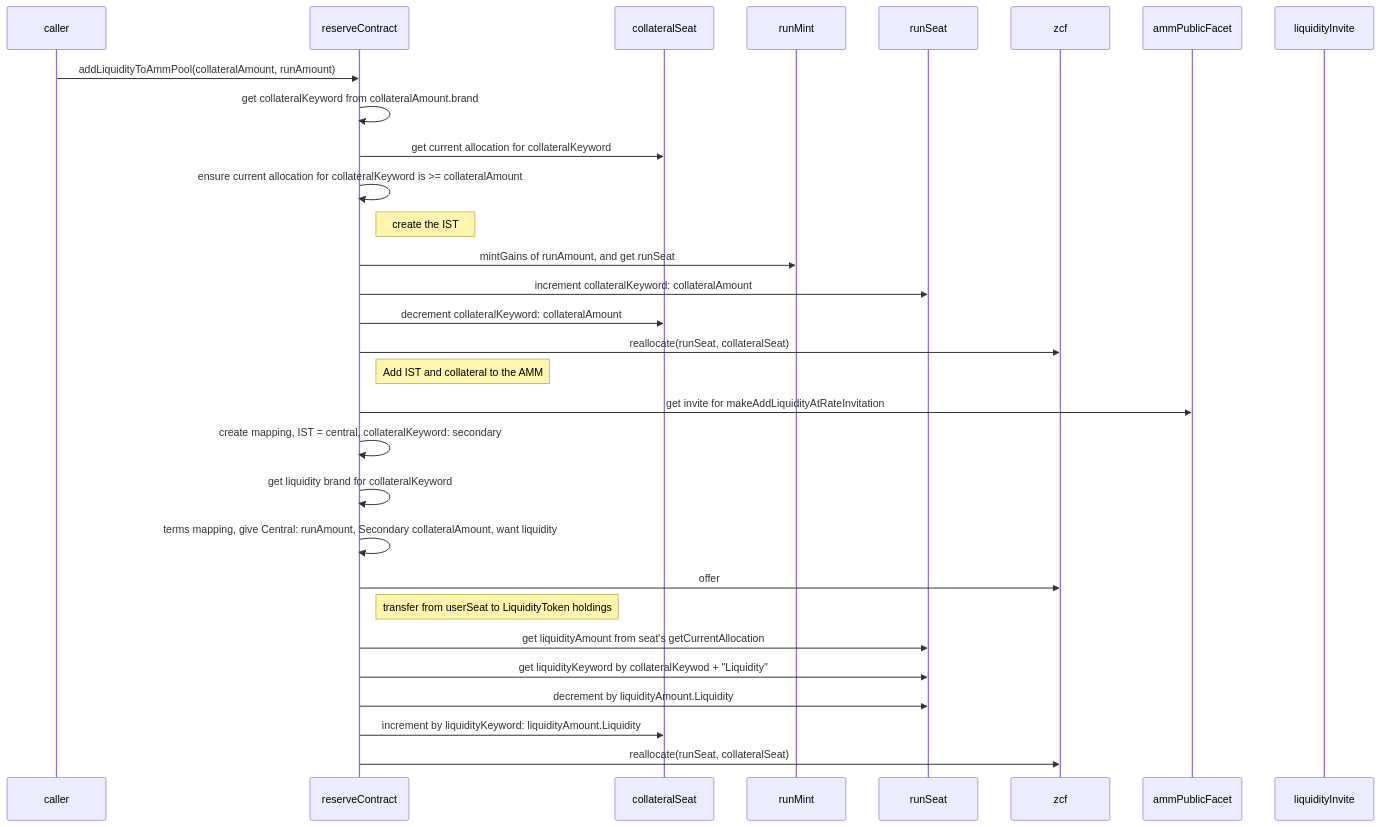
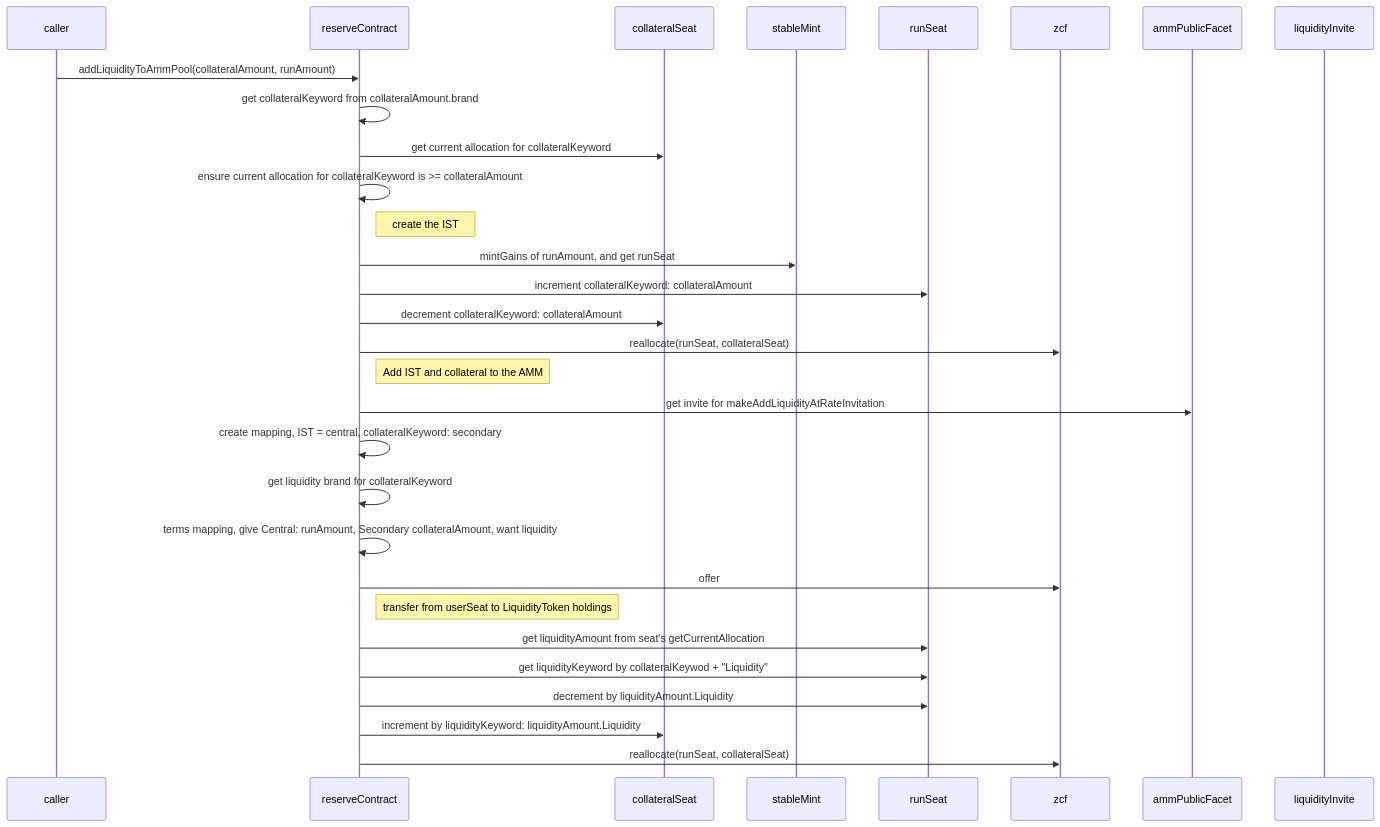
Before and after one commit to Agoric/agoric-sdk: the fifth of 5 diagrams in packages/inter-protocol/src/reserve/doc.md, drawn with Mermaid. The commit also changed 5 other files, not shown here.

Commit message:
chore: runMint → stableMint

````diff
--- a/packages/inter-protocol/src/reserve/doc.md
+++ b/packages/inter-protocol/src/reserve/doc.md
@@ -87,41 +87,41 @@
 ```mermaid
 sequenceDiagram
 
 participant caller
 participant reserveContract
 participant collateralSeat
-participant runMint
+participant stableMint
 participant runSeat
 participant zcf
 participant ammPublicFacet
 participant liquidityInvite
 
 caller ->> reserveContract: addLiquidityToAmmPool(collateralAmount, runAmount)
 reserveContract ->> reserveContract: get collateralKeyword from collateralAmount.brand
 reserveContract ->> collateralSeat: get current allocation for collateralKeyword
 reserveContract ->> reserveContract: ensure  current allocation for collateralKeyword is >= collateralAmount
 
 
 note right of reserveContract: create the IST
-reserveContract ->> runMint: mintGains of runAmount, and get runSeat
+reserveContract ->> stableMint: mintGains of runAmount, and get runSeat
 reserveContract ->> runSeat: increment collateralKeyword: collateralAmount
 reserveContract ->> collateralSeat: decrement collateralKeyword: collateralAmount
 reserveContract ->> zcf: reallocate(runSeat, collateralSeat)
 
 note right of reserveContract: Add IST and collateral to the AMM
 reserveContract ->> ammPublicFacet: get invite for makeAddLiquidityAtRateInvitation
 reserveContract ->> reserveContract: create mapping, IST = central, collateralKeyword: secondary
 reserveContract ->> reserveContract: get liquidity brand for collateralKeyword
 reserveContract ->> reserveContract: terms mapping, give Central: runAmount, Secondary collateralAmount, want liquidity
 reserveContract ->> zcf: offer
 
 
 note right of reserveContract: transfer from userSeat to LiquidityToken holdings
 reserveContract ->> runSeat: get liquidityAmount from seat's getCurrentAllocation
 reserveContract ->> runSeat: get liquidityKeyword by collateralKeywod + "Liquidity"
 
 reserveContract ->> runSeat: decrement by liquidityAmount.Liquidity
 reserveContract ->> collateralSeat: increment by liquidityKeyword: liquidityAmount.Liquidity
 reserveContract ->> zcf: reallocate(runSeat, collateralSeat)
 
 ```
````
